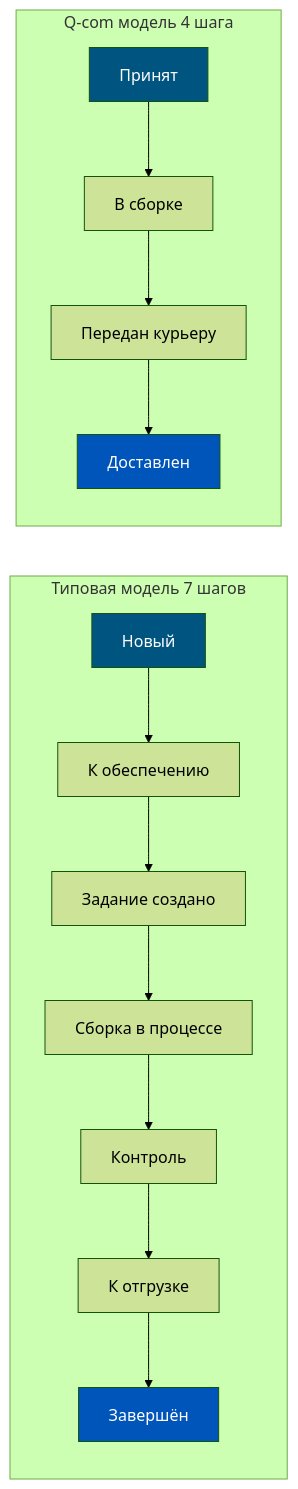
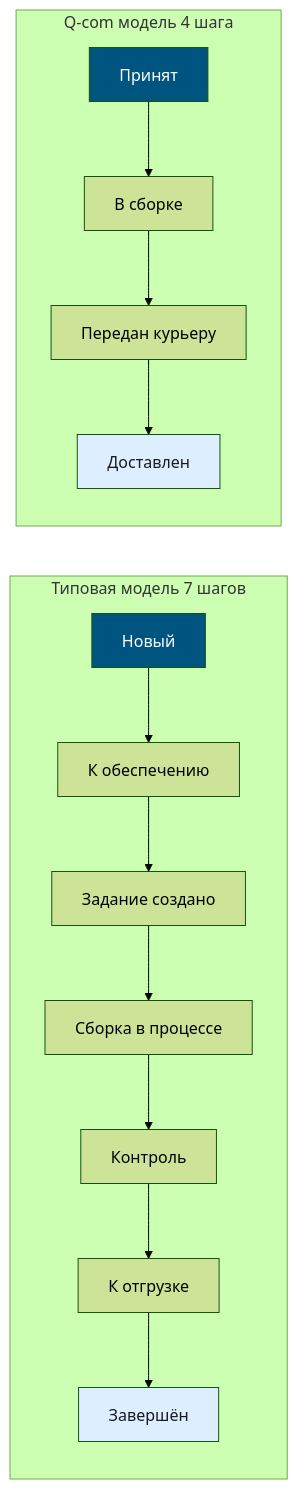
Before and after one commit to murad1986/1c-erp-quartz: the fifth of 7 diagrams in content/1c-erp/week_6/Неделя 6 - День 2 - Статусная модель заказа.md, drawn with Mermaid (forest theme). The commit also changed other lines of this file and 57 other files, not shown here.

First line of the commit message:
fix: Mermaid — пастельные цвета в источниках диаграмм (56 файлов)

````diff
--- a/content/1c-erp/week_6/Неделя 6 - День 2 - Статусная модель заказа.md
+++ b/content/1c-erp/week_6/Неделя 6 - День 2 - Статусная модель заказа.md
@@ -253,24 +253,24 @@
 ```mermaid
 flowchart LR
     subgraph Типовая модель 7 шагов
         direction TB
         T1[Новый] --> T2[К обеспечению]
         T2 --> T3[Задание создано]
         T3 --> T4[Сборка в процессе]
         T4 --> T5[Контроль]
         T5 --> T6[К отгрузке]
         T6 --> T7[Завершён]
     end
 
     subgraph Q-com модель 4 шага
         direction TB
         Q1[Принят] --> Q2[В сборке]
         Q2 --> Q3[Передан курьеру]
         Q3 --> Q4[Доставлен]
     end
 
     style T1 fill:#005580,color:#fff
-    style T7 fill:#0055BB,color:#fff
+    style T7 fill:#dceeff,color:#1a1a1a
     style Q1 fill:#005580,color:#fff
-    style Q4 fill:#0055BB,color:#fff
+    style Q4 fill:#dceeff,color:#1a1a1a
 ```
````
